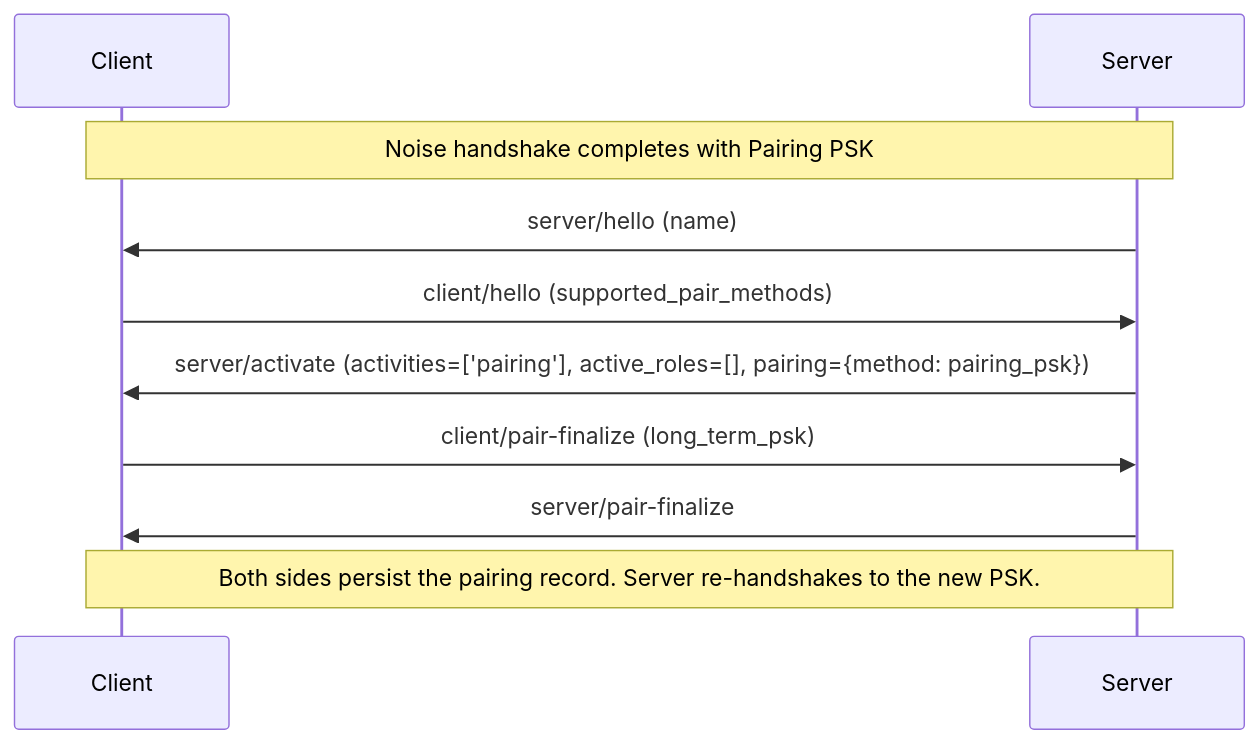
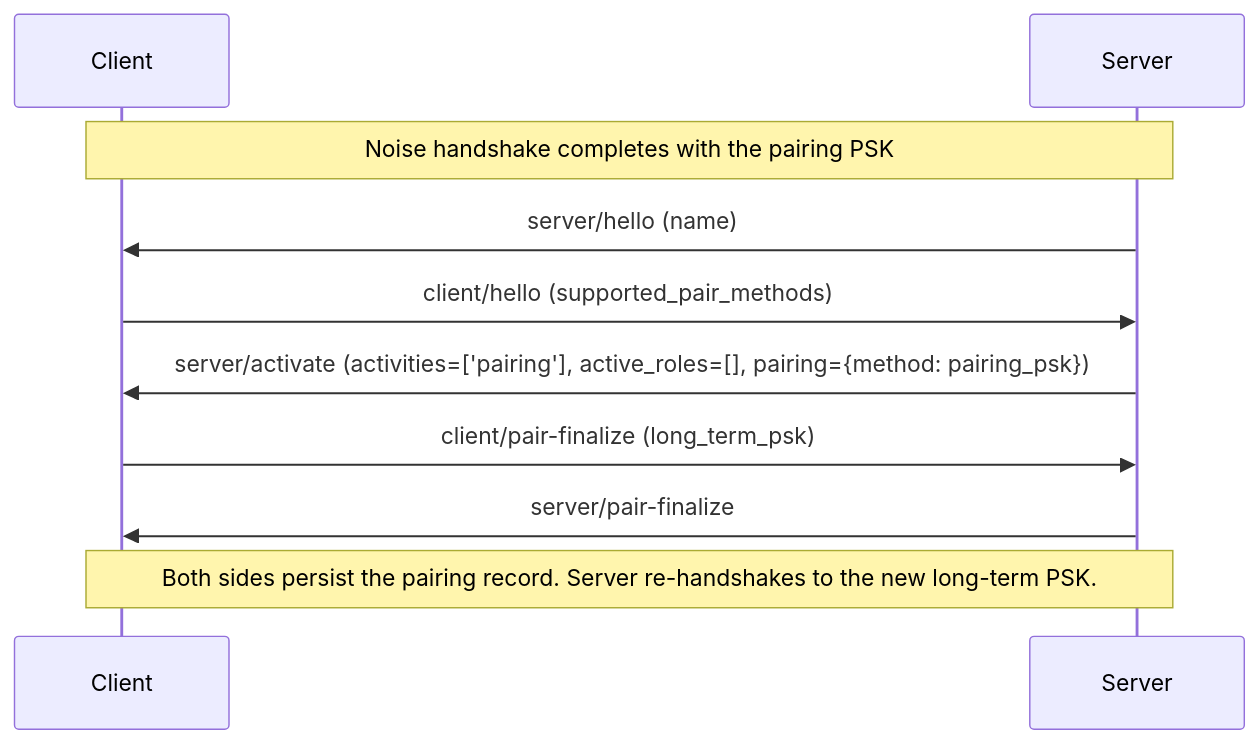
The second of 4 diagrams in README.md (Resonate-Protocol/spec), drawn with Mermaid before and after one commit. The commit also changed other lines of this file and 5 other files, not shown here.

````diff
--- a/README.md
+++ b/README.md
@@ -770,14 +770,14 @@
 ```mermaid
 sequenceDiagram
     participant Client
     participant Server
 
-    Note over Client,Server: Noise handshake completes with Pairing PSK
+    Note over Client,Server: Noise handshake completes with the pairing PSK
 
     Server->>Client: server/hello (name)
     Client->>Server: client/hello (supported_pair_methods)
     Server->>Client: server/activate (activities=['pairing'], active_roles=[], pairing={method: pairing_psk})
     Client->>Server: client/pair-finalize (long_term_psk)
     Server->>Client: server/pair-finalize
-    Note over Client,Server: Both sides persist the pairing record. Server re-handshakes to the new PSK.
+    Note over Client,Server: Both sides persist the pairing record. Server re-handshakes to the new long-term PSK.
 ```
````
